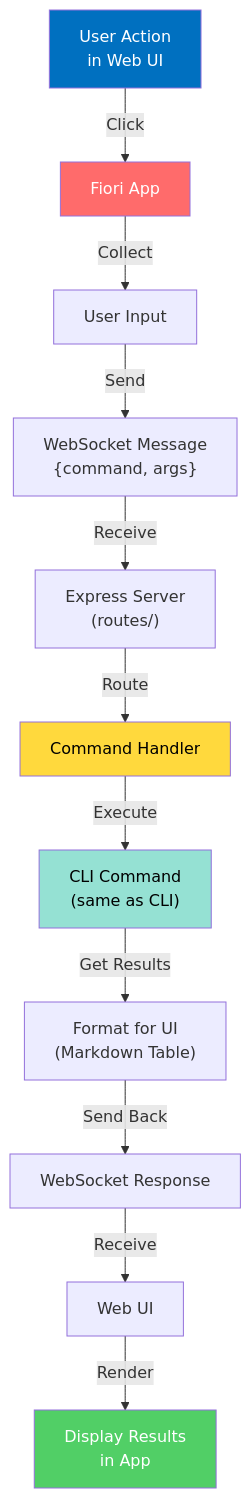
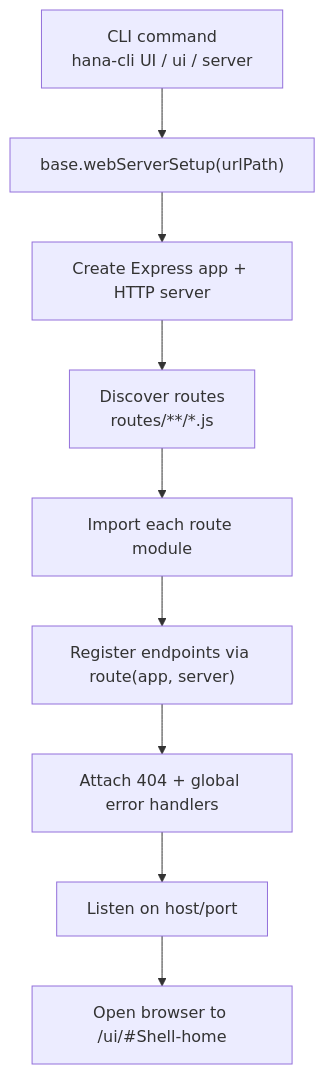
One commit to SAP-samples/hana-developer-cli-tool-example changed the first of 5 diagrams in docs/04-api-reference/command-flows.md. Above: the diagram before and after it, drawn with Mermaid. The commit also changed other lines of this file and 4 other files, not shown here.

First line of the commit message:
Refactor HTTP Routes Documentation and Swagger Implementation

````diff
--- a/docs/04-api-reference/command-flows.md
+++ b/docs/04-api-reference/command-flows.md
@@ -188,19 +7,11 @@
 ```mermaid
 graph TD
-    A["User Action<br/>in Web UI"] -->|Click| B["Fiori App"]
-    B -->|Collect| C["User Input"]
-    C -->|Send| D["WebSocket Message<br/>{command, args}"]
-    D -->|Receive| E["Express Server<br/>(routes/)"]
-    E -->|Route| F["Command Handler"]
-    F -->|Execute| G["CLI Command<br/>(same as CLI)"]
-    G -->|Get Results| H["Format for UI<br/>(Markdown Table)"]
-    H -->|Send Back| I["WebSocket Response"]
-    I -->|Receive| J["Web UI"]
-    J -->|Render| K["Display Results<br/>in App"]
-    
-    style A fill:#0070C0,color:#fff
-    style B fill:#FF6B6B,color:#fff
-    style F fill:#FFD93D,color:#000
-    style G fill:#95E1D3,color:#000
-    style K fill:#51CF66,color:#fff
+    A["CLI command<br/>hana-cli UI / ui / server"] --> B["base.webServerSetup(urlPath)"]
+    B --> C["Create Express app + HTTP server"]
+    C --> D["Discover routes<br/>routes/**/*.js"]
+    D --> E["Import each route module"]
+    E --> F["Register endpoints via route(app, server)"]
+    F --> G["Attach 404 + global error handlers"]
+    G --> H["Listen on host/port"]
+    H --> I["Open browser to /ui/#Shell-home"]
 ```
````
